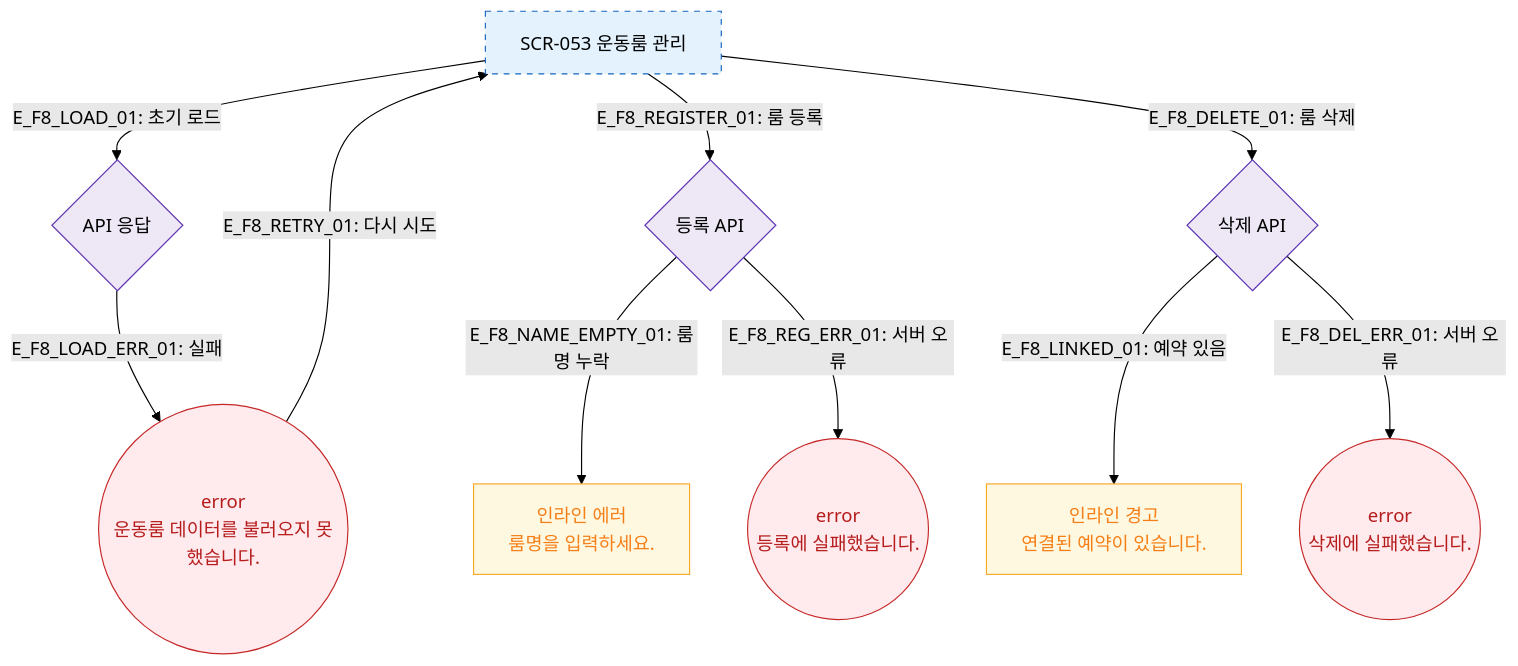
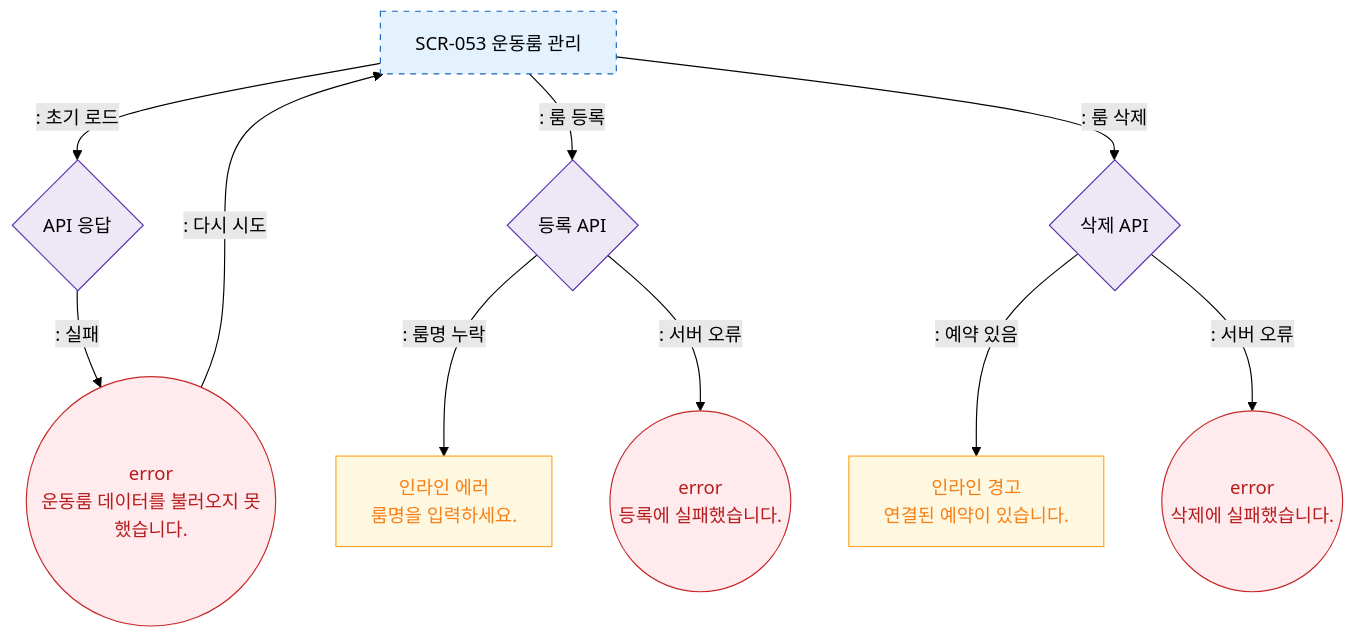
The diagram in docs/다이어그램/D06_시설관리/SCR-053_운동룸관리/F8_에러.md (dev-spogym/admin-pando), drawn with Mermaid (forest theme) before and after one commit. The commit also changed other lines of this file and 1660 other files, not shown here.

First line of the commit message:
다이어그램: 기획자/클라이언트 납품본으로 정리

````diff
--- a/docs/다이어그램/D06_시설관리/SCR-053_운동룸관리/F8_에러.md
+++ b/docs/다이어그램/D06_시설관리/SCR-053_운동룸관리/F8_에러.md
@@ -16,25 +14,25 @@
 ```mermaid
 flowchart TD
     SCR_053[SCR-053 운동룸 관리]
 
-    SCR_053 -->|"E_F8_LOAD_01: 초기 로드"| LoadAPI{API 응답}
-    LoadAPI -->|"E_F8_LOAD_ERR_01: 실패"| ErrLoad((error\n운동룸 데이터를 불러오지 못했습니다.))
-    ErrLoad -->|"E_F8_RETRY_01: 다시 시도"| SCR_053
+    SCR_053 -->|": 초기 로드"|LoadAPI{API 응답}
+    LoadAPI -->|": 실패"|ErrLoad((error\n운동룸 데이터를 불러오지 못했습니다.))
+    ErrLoad -->|": 다시 시도"|SCR_053
 
-    SCR_053 -->|"E_F8_REGISTER_01: 룸 등록"| RegAPI{등록 API}
-    RegAPI -->|"E_F8_NAME_EMPTY_01: 룸명 누락"| ErrName[인라인 에러\n룸명을 입력하세요.]
-    RegAPI -->|"E_F8_REG_ERR_01: 서버 오류"| ErrReg((error\n등록에 실패했습니다.))
+    SCR_053 -->|": 룸 등록"|RegAPI{등록 API}
+    RegAPI -->|": 룸명 누락"|ErrName[인라인 에러\n룸명을 입력하세요.]
+    RegAPI -->|": 서버 오류"|ErrReg((error\n등록에 실패했습니다.))
 
-    SCR_053 -->|"E_F8_DELETE_01: 룸 삭제"| DelAPI{삭제 API}
-    DelAPI -->|"E_F8_LINKED_01: 예약 있음"| ErrLinked[인라인 경고\n연결된 예약이 있습니다.]
-    DelAPI -->|"E_F8_DEL_ERR_01: 서버 오류"| ErrDel((error\n삭제에 실패했습니다.))
+    SCR_053 -->|": 룸 삭제"|DelAPI{삭제 API}
+    DelAPI -->|": 예약 있음"|ErrLinked[인라인 경고\n연결된 예약이 있습니다.]
+    DelAPI -->|": 서버 오류"|ErrDel((error\n삭제에 실패했습니다.))
 
     classDef screen fill:#E3F2FD,stroke:#1565C0,stroke-dasharray:5 5
     classDef error fill:#FFEBEE,stroke:#C62828,color:#B71C1C
     classDef warning fill:#FFF8E1,stroke:#F9A825,color:#F57F17
     classDef system fill:#EDE7F6,stroke:#5E35B2
     class SCR_053 screen
     class ErrLoad,ErrReg,ErrDel error
     class ErrName,ErrLinked warning
     class LoadAPI,RegAPI,DelAPI system
 ```
````
